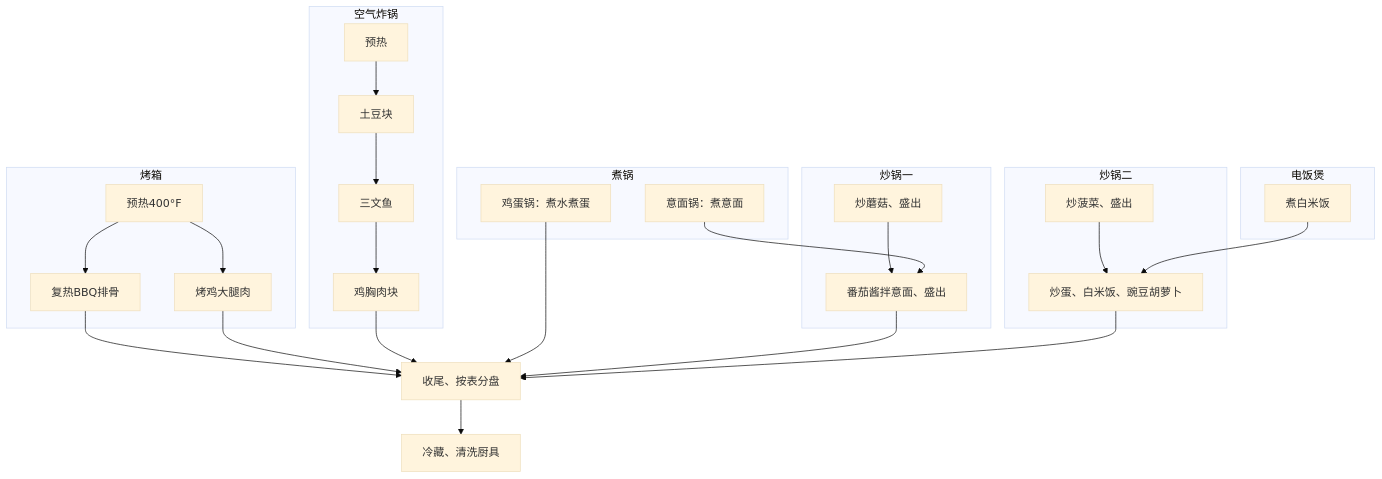
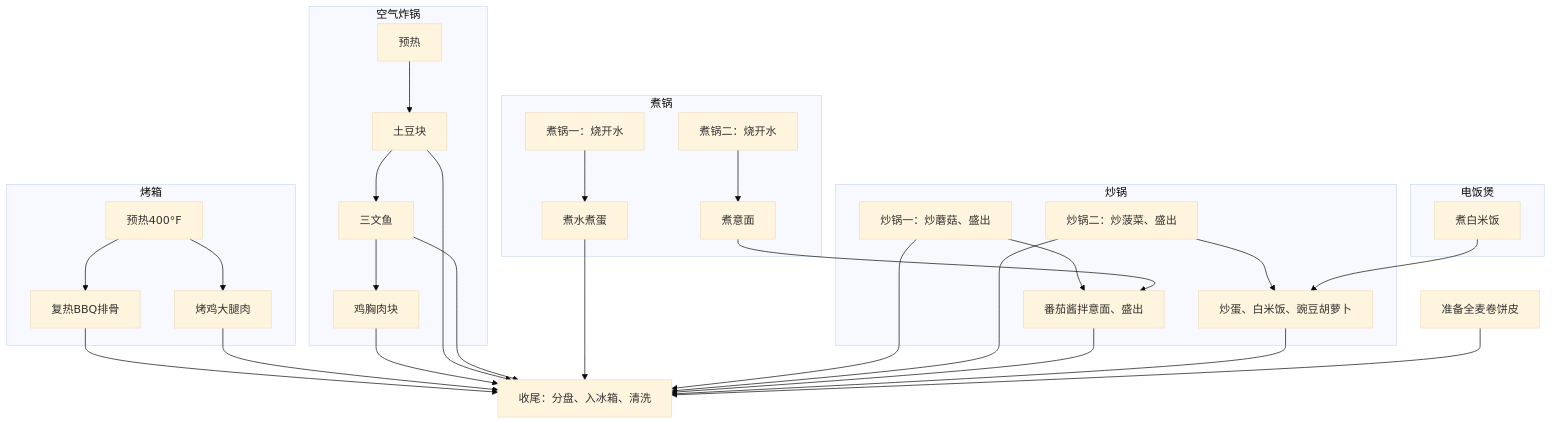
The diagram in content/posts/healthy-eating-plan.md (yunhaixiang/yhmath), drawn with Mermaid (base theme) before and after one commit. The commit also changed other lines of this file and 21 other files, not shown here.

````diff
--- a/content/posts/healthy-eating-plan.md
+++ b/content/posts/healthy-eating-plan.md
@@ -109,32 +99,34 @@
 ```mermaid
 flowchart TB
     subgraph rice[电饭煲]
         R1[煮白米饭]
     end
     subgraph oven[烤箱]
         O0[预热400°F] --> O2[烤鸡大腿肉]
         O0 --> O1[复热BBQ排骨]
     end
     subgraph air[空气炸锅]
         A0[预热] --> A4[土豆块] --> A1[三文鱼] --> A2[鸡胸肉块]
     end
     subgraph pots[煮锅]
-        P1[意面锅：煮意面]
-        P2[鸡蛋锅：煮水煮蛋]
+        P3[煮锅一：烧开水] --> P2[煮水煮蛋]
+        P0[煮锅二：烧开水] --> P1[煮意面]
     end
-    subgraph wok1[炒锅一]
-        W1[炒蘑菇、盛出] --> W3[番茄酱拌意面、盛出]
-    end
-    subgraph wok2[炒锅二]
-        W2[炒菠菜、盛出] --> W4[炒蛋、白米饭、豌豆胡萝卜]
+    subgraph woks[炒锅]
+        W1[炒锅一：炒蘑菇、盛出] --> W3[番茄酱拌意面、盛出]
+        W2[炒锅二：炒菠菜、盛出] --> W4[炒蛋、白米饭、豌豆胡萝卜]
     end
     P1 --> W3
     R1 --> W4
-    O1 --> F[收尾、按表分盘]
+    O1 --> F[收尾：分盘、入冰箱、清洗]
     O2 --> F
     A2 --> F
+    A4 --> F
+    A1 --> F
     P2 --> F
+    W1 --> F
+    W2 --> F
     W3 --> F
     W4 --> F
-    F --> C[冷藏、清洗厨具]
+    T1[准备全麦卷饼皮] --> F
 ```
````
